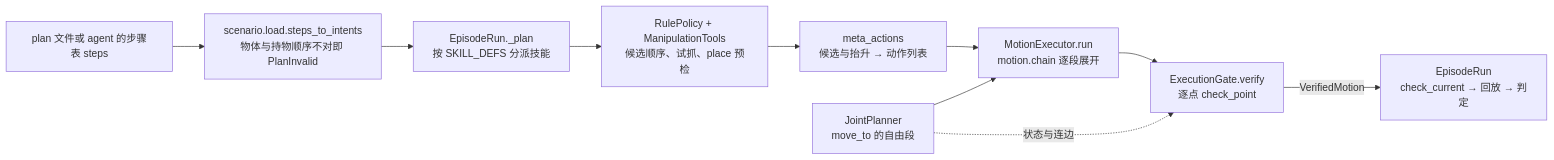
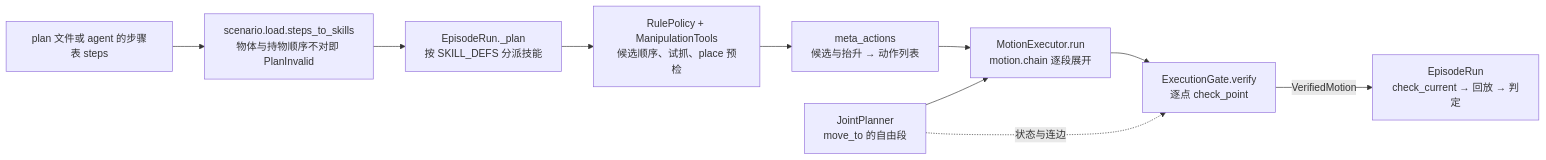
The diagram in docs/manipulation.md (ZJLi2013/RoboSmith), drawn with Mermaid before and after one commit. The commit also changed other lines of this file and 3 other files, not shown here.

Commit message:
docs: the call chain and changelog show plan steps parsed straight to Skill

````diff
--- a/docs/manipulation.md
+++ b/docs/manipulation.md
@@ -30,12 +30,12 @@
 ```mermaid
 flowchart LR
-    PF["plan 文件或 agent 的步骤表 steps"] --> LD["scenario.load.steps_to_intents<br/>物体与持物顺序不对即 PlanInvalid"]
+    PF["plan 文件或 agent 的步骤表 steps"] --> LD["scenario.load.steps_to_skills<br/>物体与持物顺序不对即 PlanInvalid"]
     LD --> ER["EpisodeRun._plan<br/>按 SKILL_DEFS 分派技能"]
     ER --> SK["RulePolicy + ManipulationTools<br/>候选顺序、试抓、place 预检"]
     SK --> MA["meta_actions<br/>候选与抬升 → 动作列表"]
     MA --> EX["MotionExecutor.run<br/>motion.chain 逐段展开"]
     JP["JointPlanner<br/>move_to 的自由段"] --> EX
     EX --> G["ExecutionGate.verify<br/>逐点 check_point"]
     JP -. 状态与连边 .-> G
     G -->|VerifiedMotion| RP["EpisodeRun<br/>check_current → 回放 → 判定"]
 ```
````
